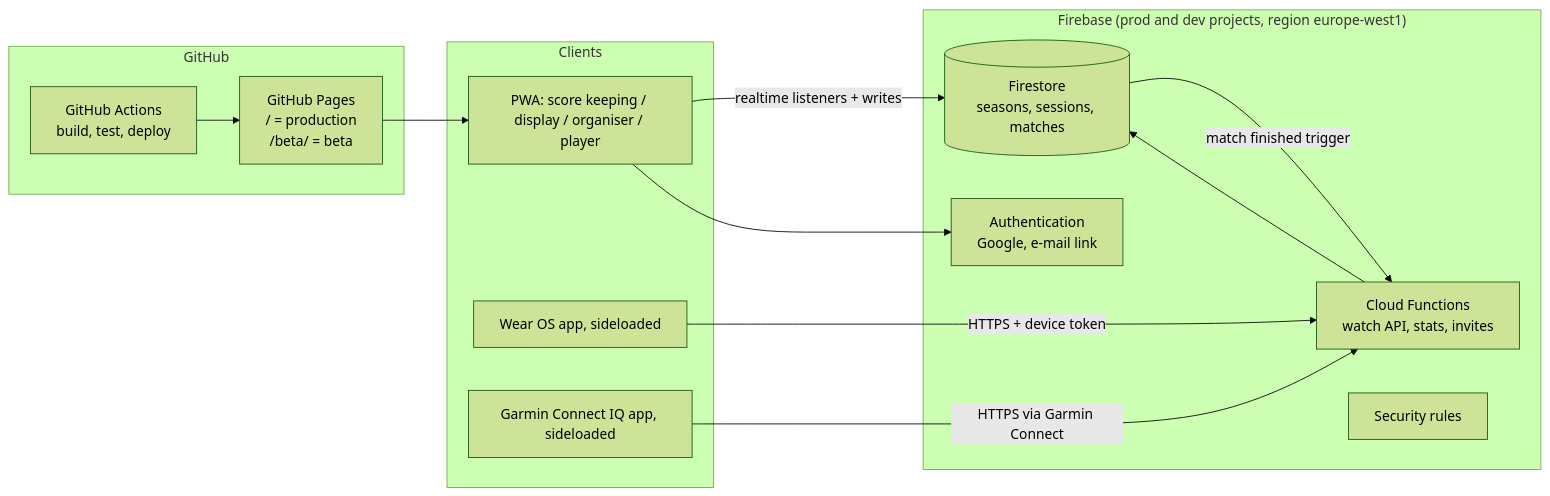
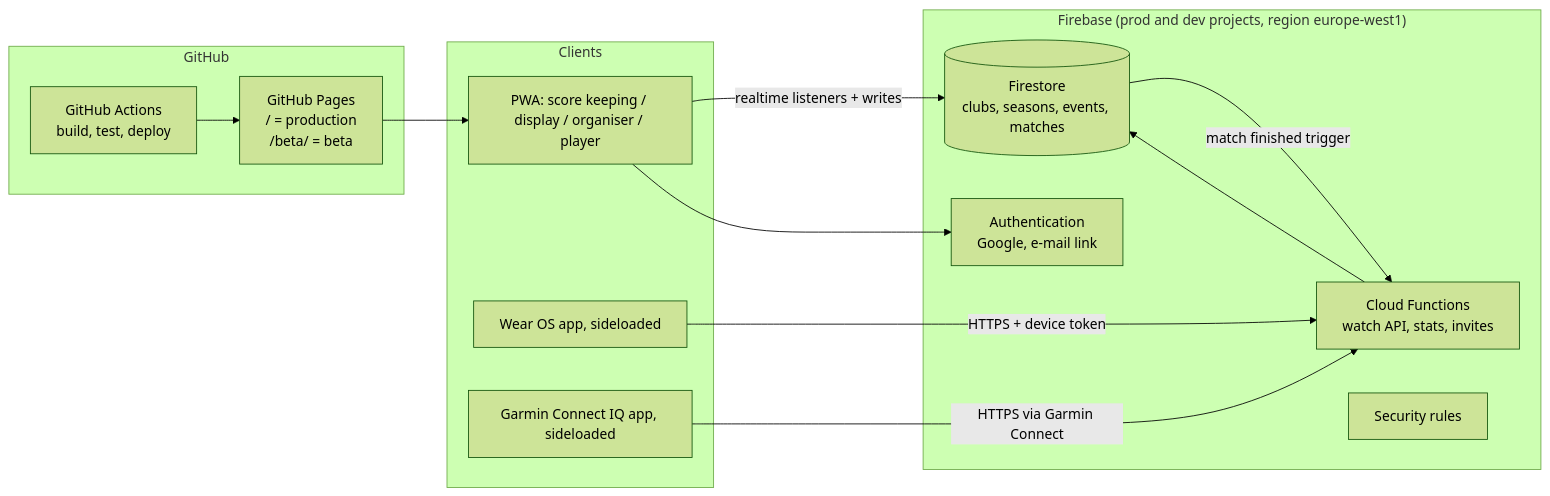
One commit to jorissaenen/badminton-score changed the diagram in docs/architecture.md. Above: the diagram before and after it, drawn with Mermaid (forest theme). The commit also changed other lines of this file and 10 other files, not shown here.

First line of the commit message:
Alpha: clubs with seasons; plan for events, registration and tournaments

````diff
--- a/docs/architecture.md
+++ b/docs/architecture.md
@@ -24,26 +25,26 @@
 ```mermaid
 flowchart LR
   subgraph Clients
     PWA[PWA: score keeping / display / organiser / player]
     WEAR[Wear OS app, sideloaded]
     GARMIN[Garmin Connect IQ app, sideloaded]
   end
   subgraph GitHub
     PAGES[GitHub Pages<br/>/ = production<br/>/beta/ = beta]
     ACTIONS[GitHub Actions<br/>build, test, deploy]
   end
   subgraph Firebase["Firebase (prod and dev projects, region europe-west1)"]
     AUTH[Authentication<br/>Google, e-mail link]
-    FS[(Firestore<br/>seasons, sessions, matches)]
+    FS[(Firestore<br/>clubs, seasons, events, matches)]
     FN[Cloud Functions<br/>watch API, stats, invites]
     RULES[Security rules]
   end
   PWA -- realtime listeners + writes --> FS
   PWA --> AUTH
   WEAR -- HTTPS + device token --> FN
   GARMIN -- HTTPS via Garmin Connect --> FN
   FN --> FS
   FS -- match finished trigger --> FN
   ACTIONS --> PAGES
   PAGES --> PWA
 ```
````
